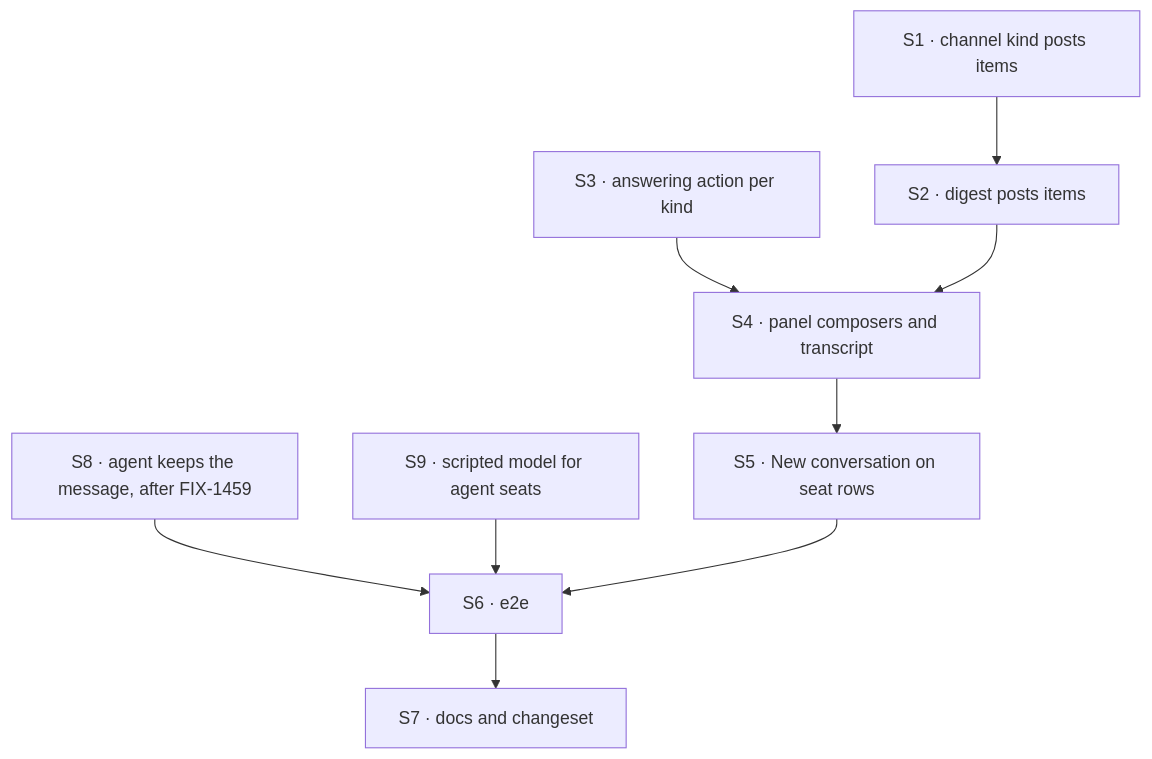
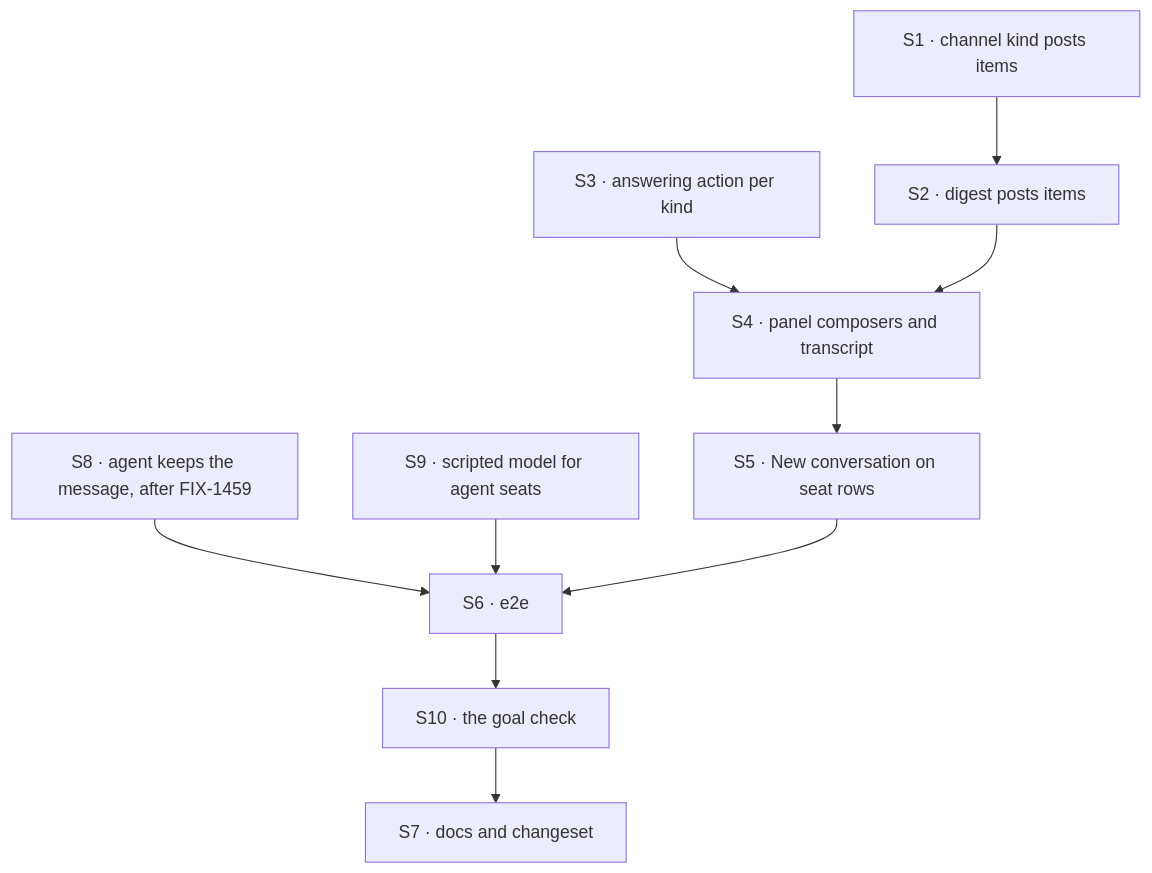
The diagram in specs/issues/FIX-1585/PLAN.md (fixpoint-labs/flow-state-dev), drawn with Mermaid before and after one commit. The commit also changed other lines of this file and 2 other files, not shown here.

First line of the commit message:
spec(FIX-1585): state the goal, how we'll know, and its controls

````diff
--- a/specs/issues/FIX-1585/PLAN.md
+++ b/specs/issues/FIX-1585/PLAN.md
@@ -24,11 +25,12 @@
 ```mermaid
 flowchart TD
   S1["S1 · channel kind posts items"] --> S2["S2 · digest posts items"]
   S3["S3 · answering action per kind"] --> S4["S4 · panel composers and transcript"]
   S2 --> S4
   S4 --> S5["S5 · New conversation on seat rows"]
   S8["S8 · agent keeps the message, after FIX-1459"] --> S6
   S9["S9 · scripted model for agent seats"] --> S6
   S5 --> S6["S6 · e2e"]
-  S6 --> S7["S7 · docs and changeset"]
+  S6 --> S10["S10 · the goal check"]
+  S10 --> S7["S7 · docs and changeset"]
 ```
````
